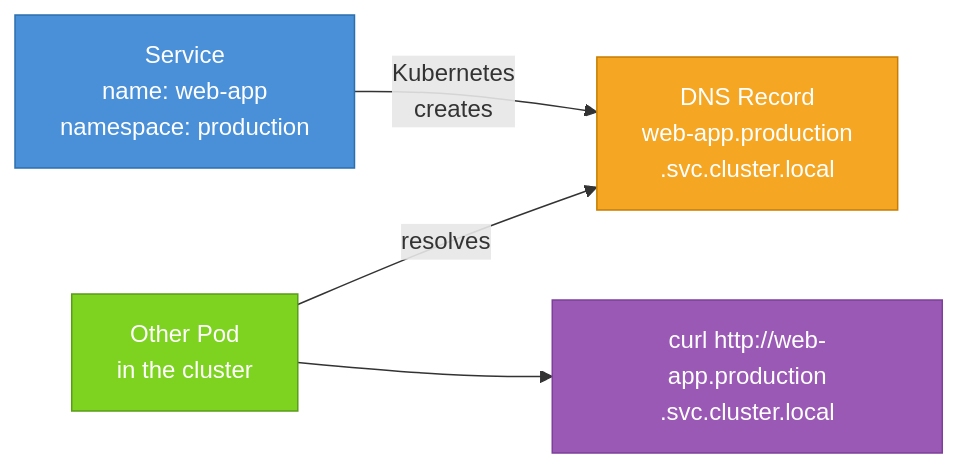
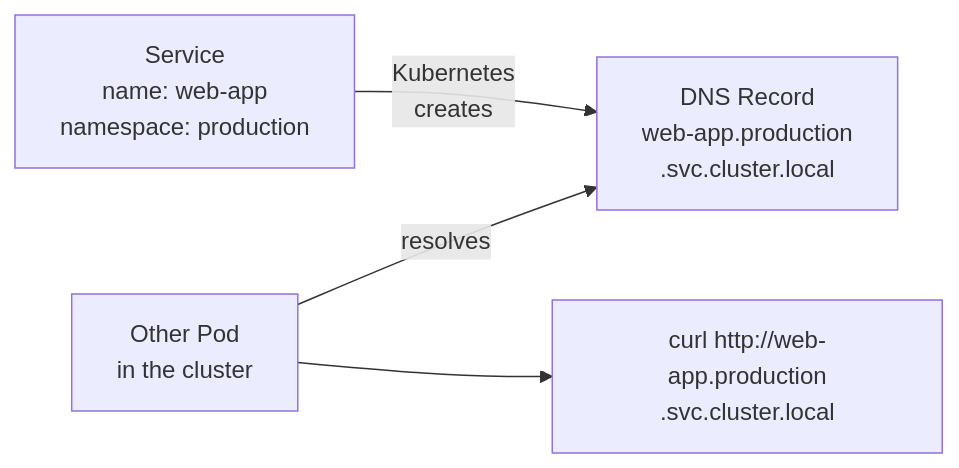
The diagram in src/courses/modules/yaml-and-objects/04-object-names-uids-and-dns-rules/en/content.md (Antoine-Flo/kube-mastery), drawn with Mermaid before and after one commit. The commit also changed 26 other files, not shown here.

````diff
--- a/src/courses/modules/yaml-and-objects/04-object-names-uids-and-dns-rules/en/content.md
+++ b/src/courses/modules/yaml-and-objects/04-object-names-uids-and-dns-rules/en/content.md
@@ -105,16 +105,11 @@
 ```mermaid
 flowchart LR
     SVC["Service\nname: web-app\nnamespace: production"]
     DNS["DNS Record\nweb-app.production\n.svc.cluster.local"]
     APP["Other Pod\nin the cluster"]
     CONNECT["curl http://web-app.production\n.svc.cluster.local"]
 
     SVC -->|"Kubernetes\ncreates"| DNS
     APP -->|"resolves"| DNS
     APP --> CONNECT
-
-    style SVC fill:#4A90D9,color:#fff,stroke:#2c6fad
-    style DNS fill:#F5A623,color:#fff,stroke:#c77d00
-    style APP fill:#7ED321,color:#fff,stroke:#5a9c18
-    style CONNECT fill:#9B59B6,color:#fff,stroke:#7d3f9a
 ```
````
